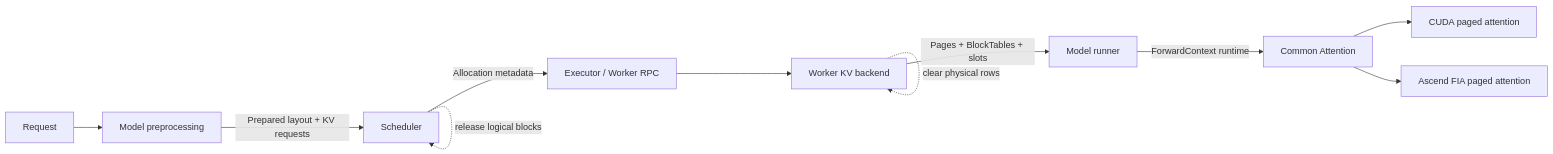
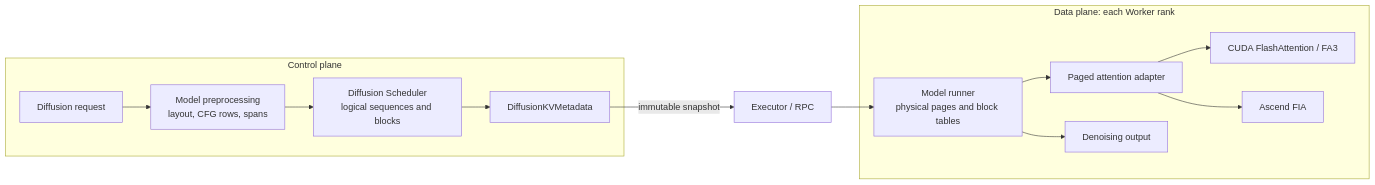
The first of 2 diagrams in docs/design/feature/diffusion_paged_kv_cache.md (Acerak01-fy/vllm-omni), drawn with Mermaid before and after one commit. The commit also changed other lines of this file, not shown here.

Commit message:
docs: clarify paged KV scope and execution boundaries

````diff
--- a/docs/design/feature/diffusion_paged_kv_cache.md
+++ b/docs/design/feature/diffusion_paged_kv_cache.md
@@ -71,13 +63,17 @@
-~~~mermaid
+```mermaid
 flowchart LR
-    A[Request] --> B[Model preprocessing]
-    B -->|Prepared layout + KV requests| C[Scheduler]
-    C -->|Allocation metadata| D[Executor / Worker RPC]
-    D --> E[Worker KV backend]
-    E -->|Pages + BlockTables + slots| F[Model runner]
-    F -->|ForwardContext runtime| G[Common Attention]
-    G --> H[CUDA paged attention]
-    G --> I[Ascend FIA paged attention]
-    C -. release logical blocks .-> C
-    E -. clear physical rows .-> E
-~~~
+    subgraph CP[Control plane]
+        R[Diffusion request] --> P[Model preprocessing<br/>layout, CFG rows, spans]
+        P --> S[Diffusion Scheduler<br/>logical sequences and blocks]
+        S --> M[DiffusionKVMetadata]
+    end
+    M -->|immutable snapshot| X[Executor / RPC]
+    subgraph DP[Data plane: each Worker rank]
+        W[Model runner<br/>physical pages and block tables]
+        W --> A[Paged attention adapter]
+        A --> C[CUDA FlashAttention / FA3]
+        A --> N[Ascend FIA]
+        W --> O[Denoising output]
+    end
+    X --> W
+```
````
